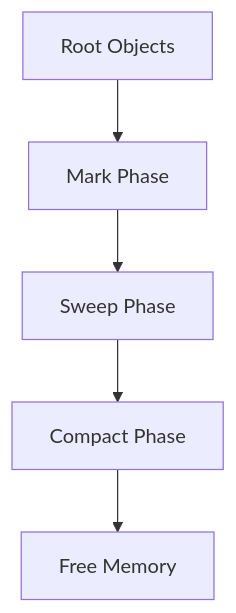
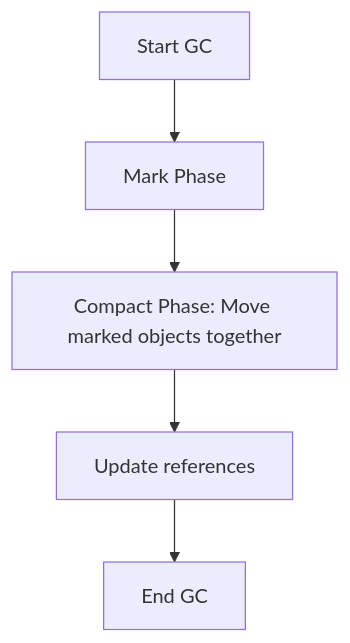
Before and after one commit to VrushankPatel/interview-matters: the second of 4 diagrams in garbage-collection-algorithms/README.md, drawn with Mermaid. The commit also changed other lines of this file and 8 other files, not shown here.

````diff
--- a/garbage-collection-algorithms/README.md
+++ b/garbage-collection-algorithms/README.md
@@ -24,7 +36,7 @@
-```mermaid
-graph TD
-A[Root Objects] --> B[Mark Phase]
-B --> C[Sweep Phase]
-C --> D[Compact Phase]
-D --> E[Free Memory]
-```
+     ```mermaid
+     flowchart TD
+         A[Start GC] --> B[Mark Phase]
+         B --> C[Compact Phase: Move marked objects together]
+         C --> D[Update references]
+         D --> E[End GC]
+     ```
````
